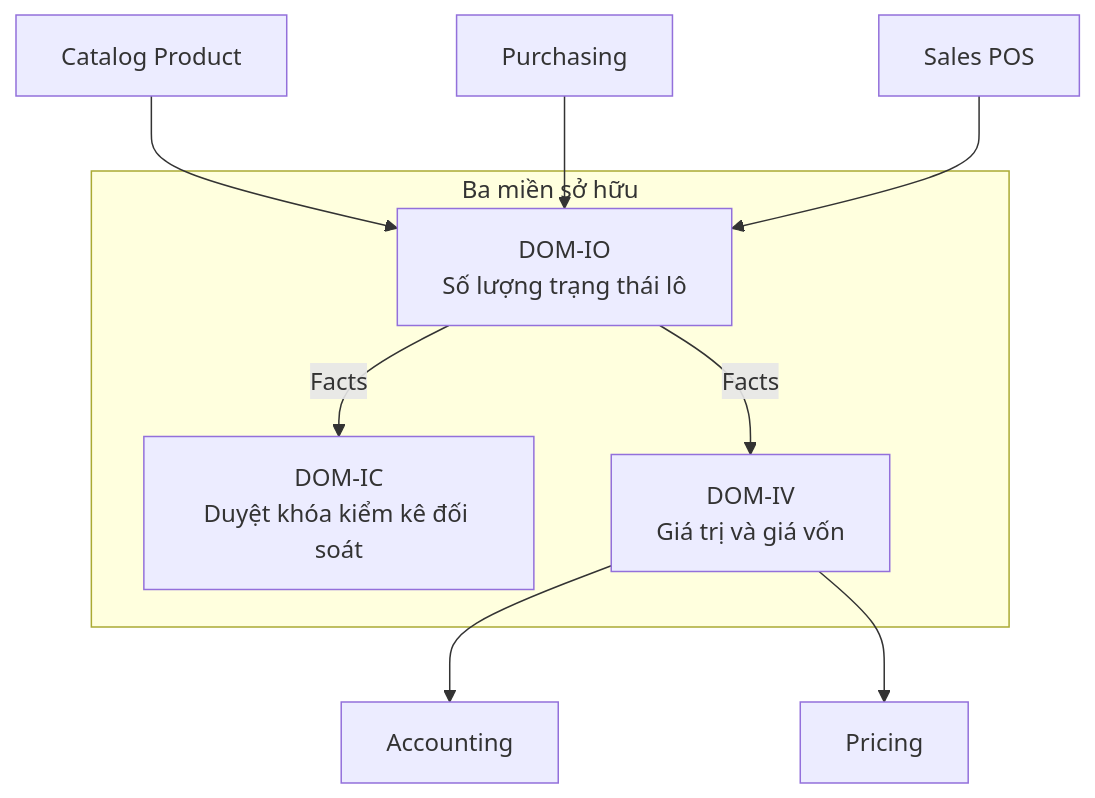
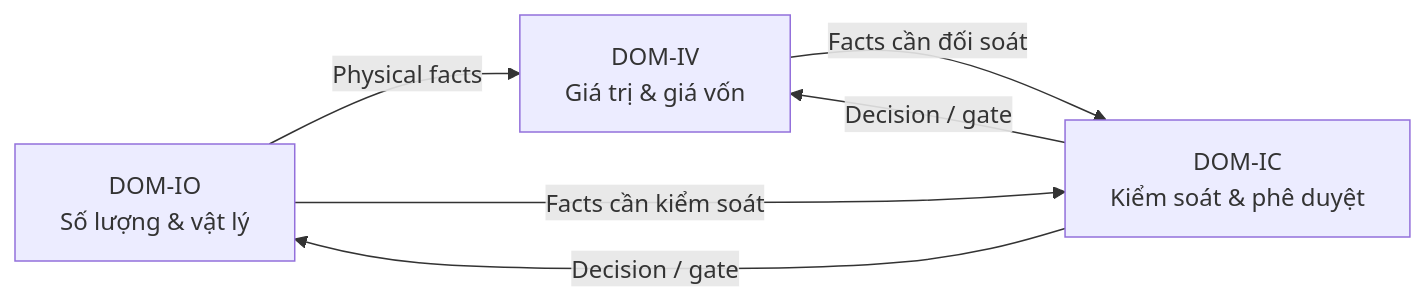
Before and after one commit to DsChien102/erp-sales-inventory: the first of 3 diagrams in specs/themes/theme-07/02.specification/domain/domain-foundation/DOM-COM.md, drawn with Mermaid. The commit also changed other lines of this file and 4136 other files, not shown here.

````diff
--- a/specs/themes/theme-07/02.specification/domain/domain-foundation/DOM-COM.md
+++ b/specs/themes/theme-07/02.specification/domain/domain-foundation/DOM-COM.md
@@ -30,15 +46,8 @@
 ```mermaid
-flowchart TB
-    subgraph OWN["Ba miền sở hữu"]
-        IO["DOM-IO\nSố lượng trạng thái lô"]
-        IC["DOM-IC\nDuyệt khóa kiểm kê đối soát"]
-        IV["DOM-IV\nGiá trị và giá vốn"]
-    end
-    PM["Catalog Product"] --> IO
-    PUR["Purchasing"] --> IO
-    SALES["Sales POS"] --> IO
-    IO -->|"Facts"| IC
-    IO -->|"Facts"| IV
-    IV --> ACC["Accounting"]
-    IV --> PRICE["Pricing"]
+flowchart LR
+    IO["DOM-IO\nSố lượng & vật lý"] -->|Physical facts| IV["DOM-IV\nGiá trị & giá vốn"]
+    IC["DOM-IC\nKiểm soát & phê duyệt"] -->|Decision / gate| IO
+    IC -->|Decision / gate| IV
+    IO -->|Facts cần kiểm soát| IC
+    IV -->|Facts cần đối soát| IC
 ```
````
